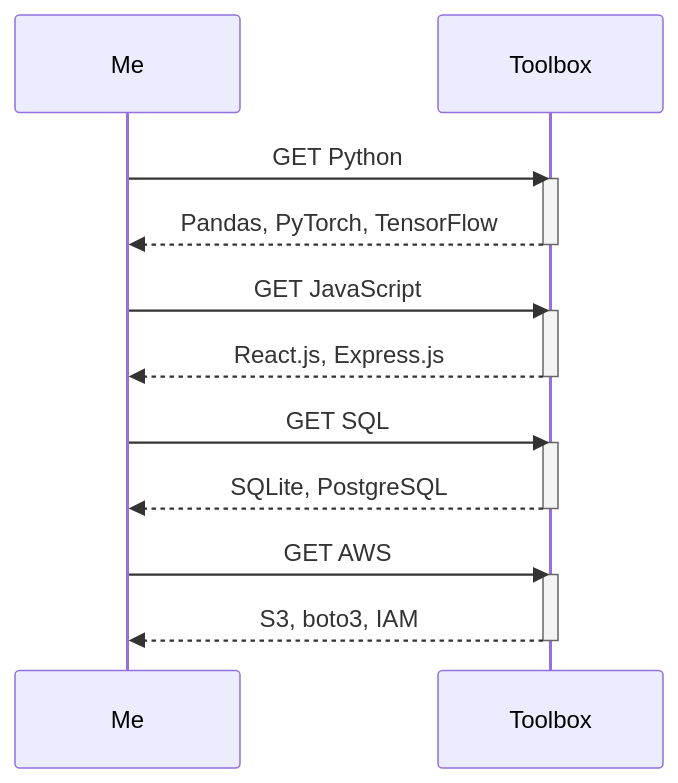
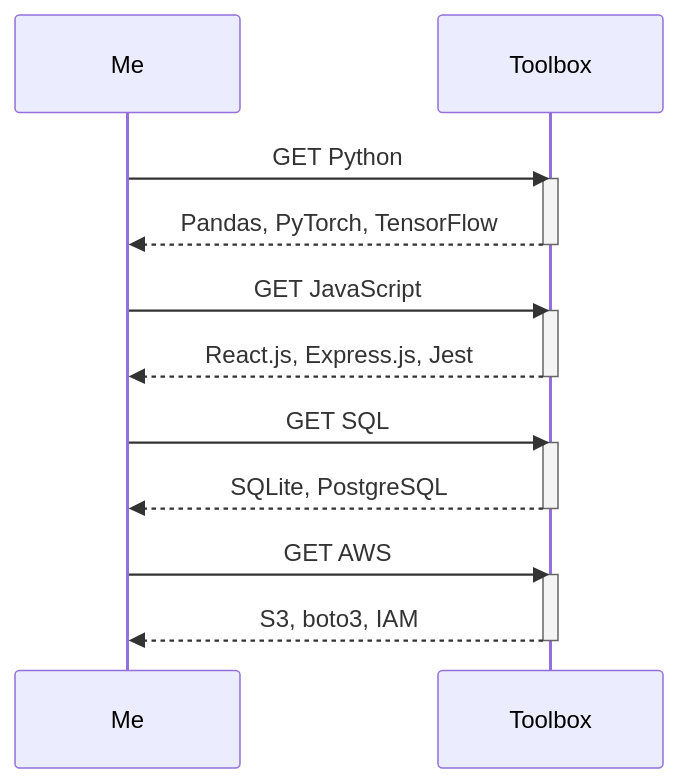
One commit to att-ar/att-ar changed the diagram in README.md. Above: the diagram before and after it, drawn with Mermaid. The commit also changed other lines of this file, not shown here.

````diff
--- a/README.md
+++ b/README.md
@@ -27,25 +27,25 @@
 ```mermaid
   sequenceDiagram
       participant Me
       participant Toolbox
       
       Me->>Toolbox: GET Python
       activate Toolbox
       Toolbox-->>Me: Pandas, PyTorch, TensorFlow
       deactivate Toolbox
       
       Me->>Toolbox: GET JavaScript
       activate Toolbox
-      Toolbox-->>Me: React.js, Express.js
+      Toolbox-->>Me: React.js, Express.js, Jest
       deactivate Toolbox
       
       Me->>Toolbox: GET SQL
       activate Toolbox
       Toolbox-->>Me: SQLite, PostgreSQL
       deactivate Toolbox
       
       Me->>Toolbox: GET AWS
       activate Toolbox
       Toolbox-->>Me: S3, boto3, IAM
       deactivate Toolbox
 ```
````
